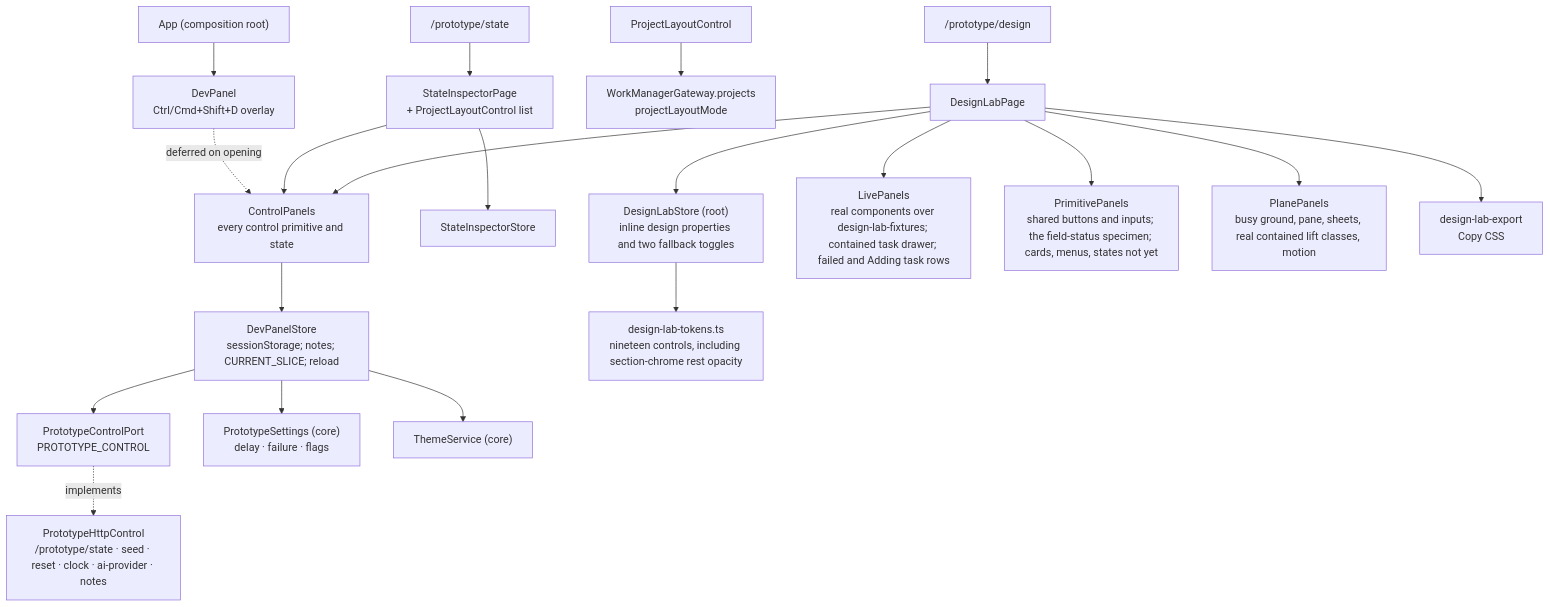
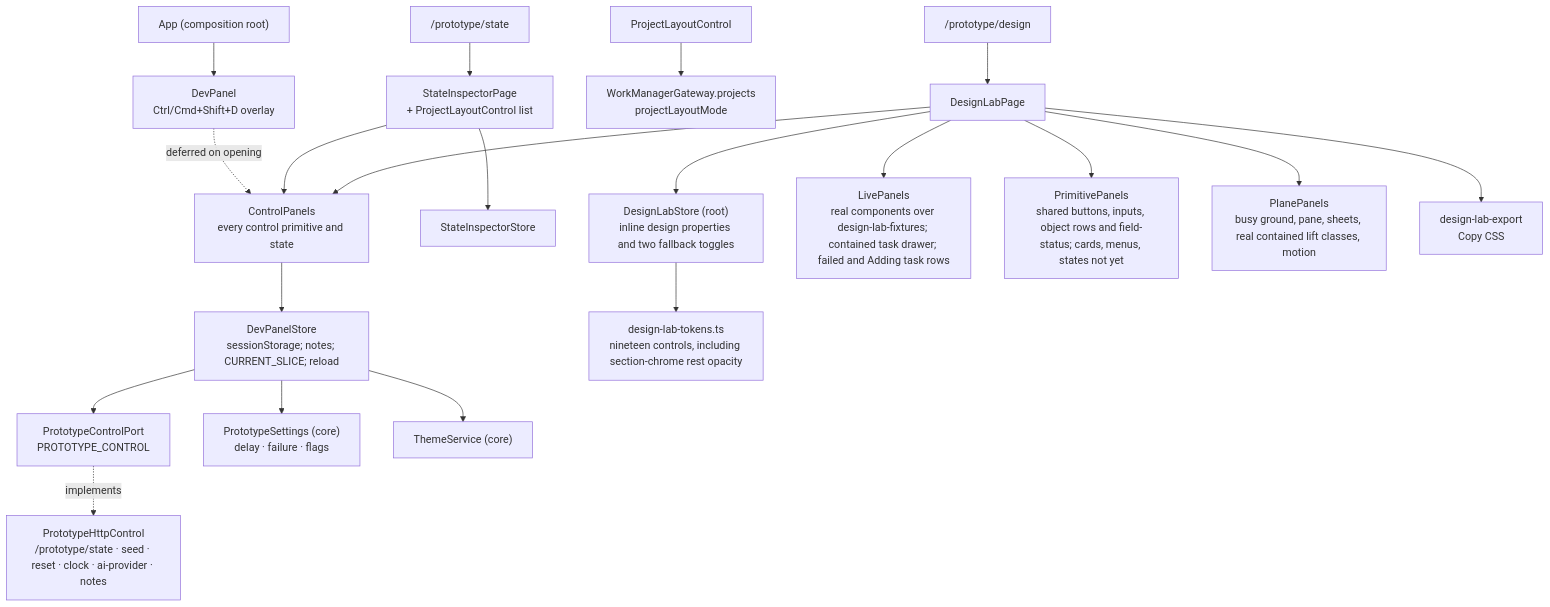
The diagram in docs/architecture/web/prototype-tooling/what.md (CalciteDragon/Canvas-work-manager-prototype), drawn with Mermaid before and after one commit. The commit also changed 9 other files, not shown here.

Commit message:
feat(slice 77): establish object rows and task metadata (§21, §67)

````diff
--- a/docs/architecture/web/prototype-tooling/what.md
+++ b/docs/architecture/web/prototype-tooling/what.md
@@ -5,22 +5,22 @@
 ```mermaid
 flowchart TB
   app["App (composition root)"] --> panel["DevPanel<br/>Ctrl/Cmd+Shift+D overlay"]
   route["/prototype/state"] --> inspector["StateInspectorPage<br/>+ ProjectLayoutControl list"]
   panel -. "deferred on opening" .-> controls["DevPanelControls<br/>the one implementation of every control"]
   inspector --> controls
   controls --> dstore["DevPanelStore<br/>sessionStorage; notes; CURRENT_SLICE; reload"]
   inspector --> istore["StateInspectorStore"]
   dstore --> port["PrototypeControlPort<br/>PROTOTYPE_CONTROL"]
   port -. implements .-> http["PrototypeHttpControl<br/>/prototype/state · seed · reset · clock · ai-provider · notes"]
   dstore --> settings["PrototypeSettings (core)<br/>delay · failure · flags"]
   dstore --> theme["ThemeService (core)"]
   layout["ProjectLayoutControl"] --> gw["WorkManagerGateway.projects<br/>projectLayoutMode"]
   route2["/prototype/design"] --> lab["DesignLabPage"]
   lab --> lstore["DesignLabStore (root)<br/>inline design properties and two fallback toggles"]
   lab --> live["LivePanels<br/>real components over design-lab-fixtures; contained task drawer; failed and Adding task rows"]
-  lab --> prim["PrimitivePanels<br/>shared buttons and inputs; the field-status specimen; cards, menus, states not yet"]
+  lab --> prim["PrimitivePanels<br/>shared buttons, inputs, object rows and field-status; cards, menus, states not yet"]
   lab --> controls["ControlPanels<br/>every control primitive and state"]
   lab --> planes["PlanePanels<br/>busy ground, pane, sheets, real contained lift classes, motion"]
   lab --> export["design-lab-export<br/>Copy CSS"]
   lstore --> tokens["design-lab-tokens.ts<br/>nineteen controls, including section-chrome rest opacity"]
 ```
````
